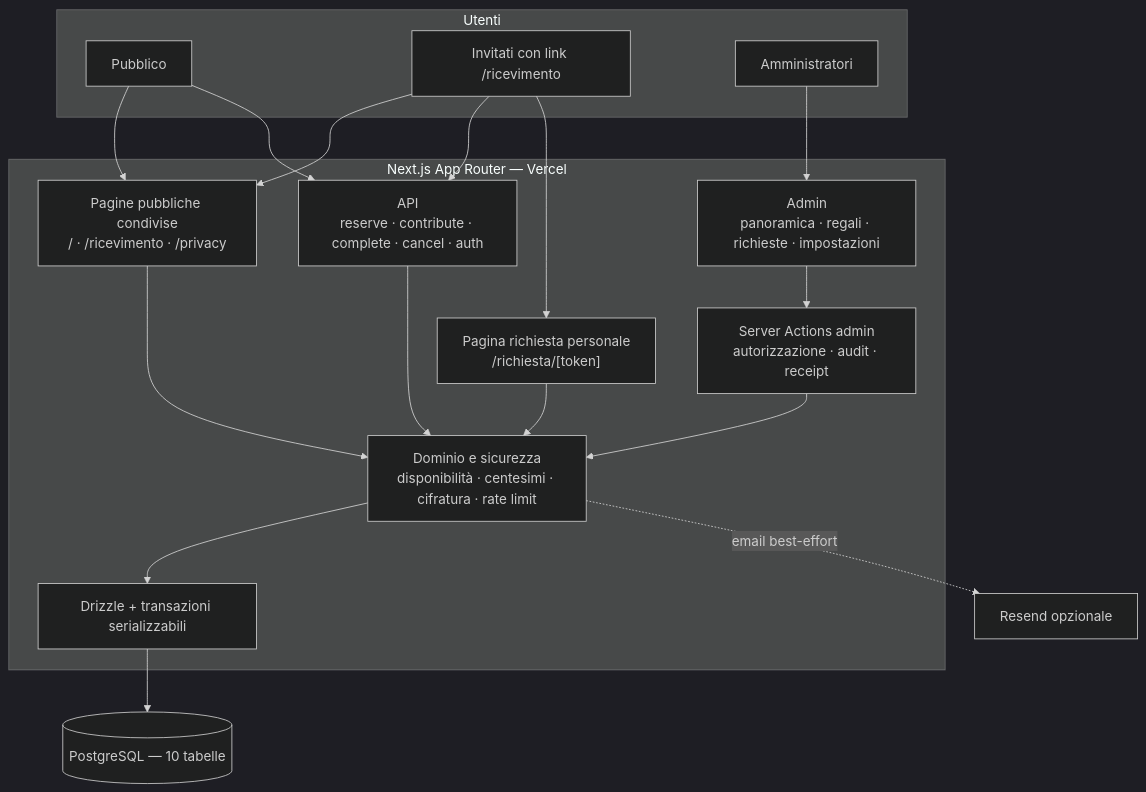
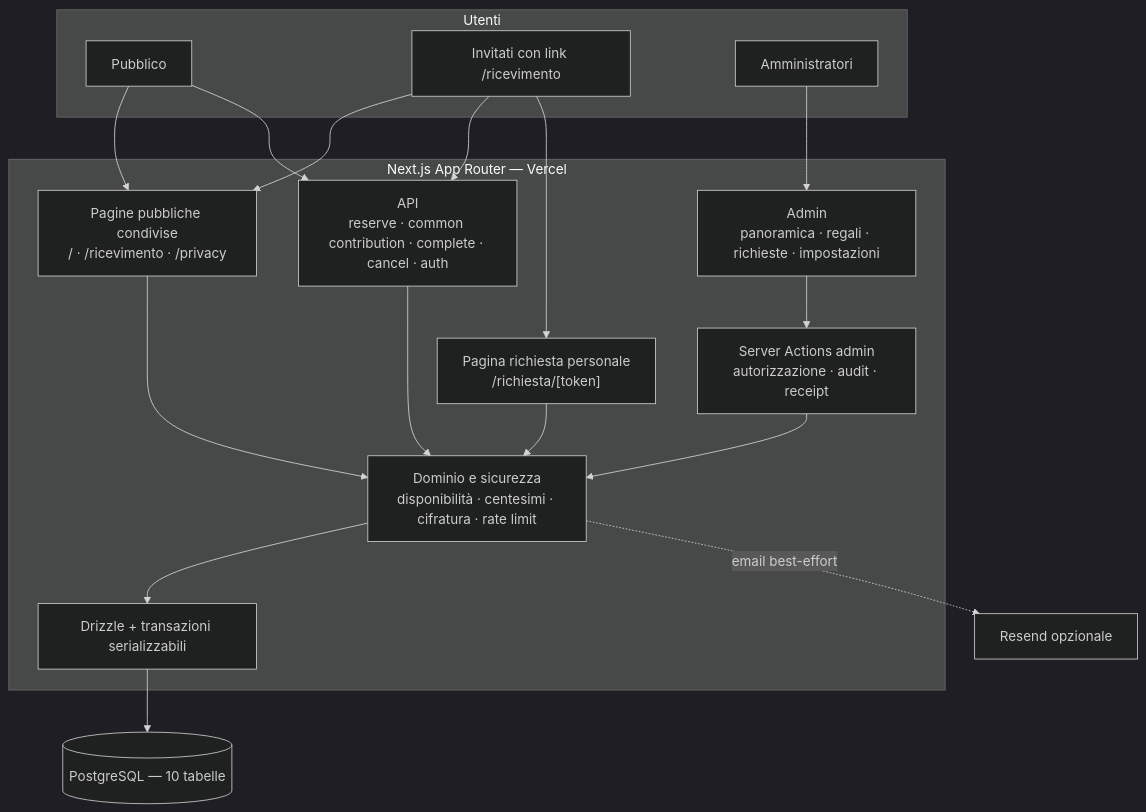
The first of 2 diagrams in README.md (gabrielesanticchi/giuliaegabriele.love), drawn with Mermaid (dark theme) before and after one commit. The commit also changed other lines of this file and 43 other files, not shown here.

````diff
--- a/README.md
+++ b/README.md
@@ -161,36 +161,36 @@
 ```mermaid
 flowchart TB
   subgraph users["Utenti"]
     PUB["Pubblico"]
     INV["Invitati con link /ricevimento"]
     ADMUSR["Amministratori"]
   end
 
   subgraph app["Next.js App Router — Vercel"]
     PAGES["Pagine pubbliche condivise<br/>/ · /ricevimento · /privacy"]
     GUEST["Pagina richiesta personale<br/>/richiesta/[token]"]
     ADMIN["Admin<br/>panoramica · regali · richieste · impostazioni"]
-    API["API<br/>reserve · contribute · complete · cancel · auth"]
+    API["API<br/>reserve · common contribution · complete · cancel · auth"]
     ACTIONS["Server Actions admin<br/>autorizzazione · audit · receipt"]
     DOMAIN["Dominio e sicurezza<br/>disponibilità · centesimi · cifratura · rate limit"]
     DBTX["Drizzle + transazioni serializzabili"]
   end
 
   PG[("PostgreSQL — 10 tabelle")]
   RESEND["Resend opzionale"]
 
   PUB --> PAGES
   INV --> PAGES
   PUB --> API
   INV --> API
   INV --> GUEST
   ADMUSR --> ADMIN
   ADMIN --> ACTIONS
   PAGES --> DOMAIN
   GUEST --> DOMAIN
   API --> DOMAIN
   ACTIONS --> DOMAIN
   DOMAIN --> DBTX
   DBTX --> PG
   DOMAIN -. "email best-effort" .-> RESEND
 ```
````
